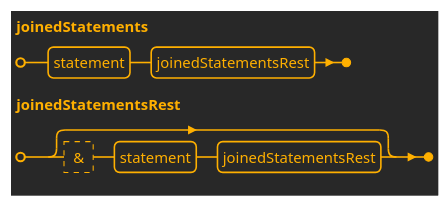
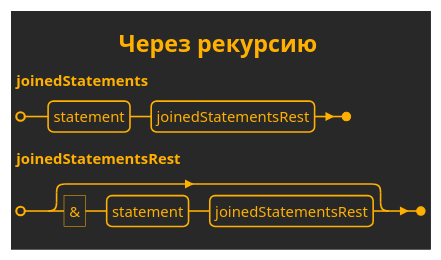
The third of 10 diagrams in Domain/MURQ.Domain/URQL/docs/URQL Lines Syntax.md (realsonic/MURQ), drawn with PlantUML before and after one commit. The commit also changed other lines of this file and 6 other files, not shown here.

````diff
--- a/Domain/MURQ.Domain/URQL/docs/URQL Lines Syntax.md
+++ b/Domain/MURQ.Domain/URQL/docs/URQL Lines Syntax.md
@@ -77,8 +78,10 @@
 ```plantuml
-@startebnf Адаптация joinedStatements
+@startebnf Адаптация joinedStatements через рекурсию
 !theme crt-amber
 
+title Через рекурсию
+
 joinedStatements = statement, joinedStatementsRest;
-joinedStatementsRest = [? & ?, statement, joinedStatementsRest];
+joinedStatementsRest = [ '&', statement, joinedStatementsRest ];
 @endebnf
 ```
````
